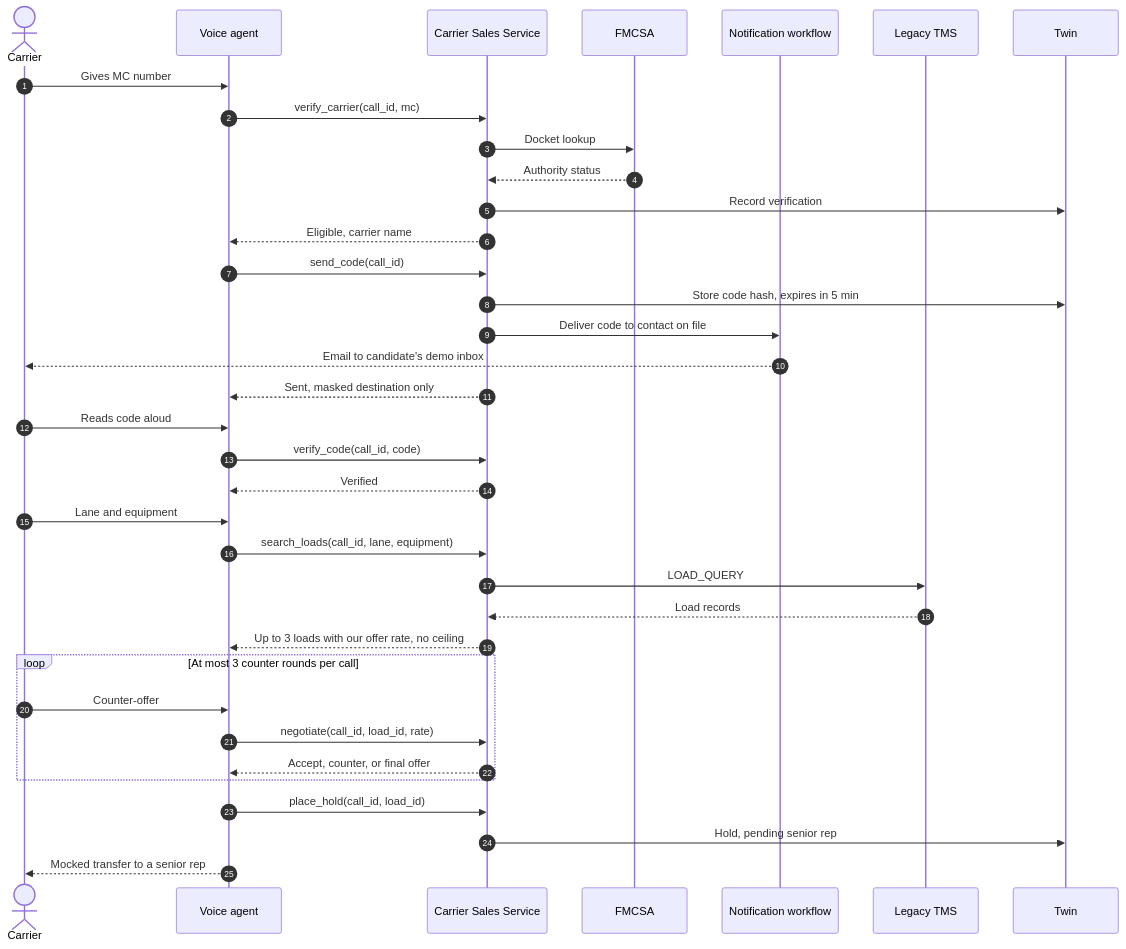
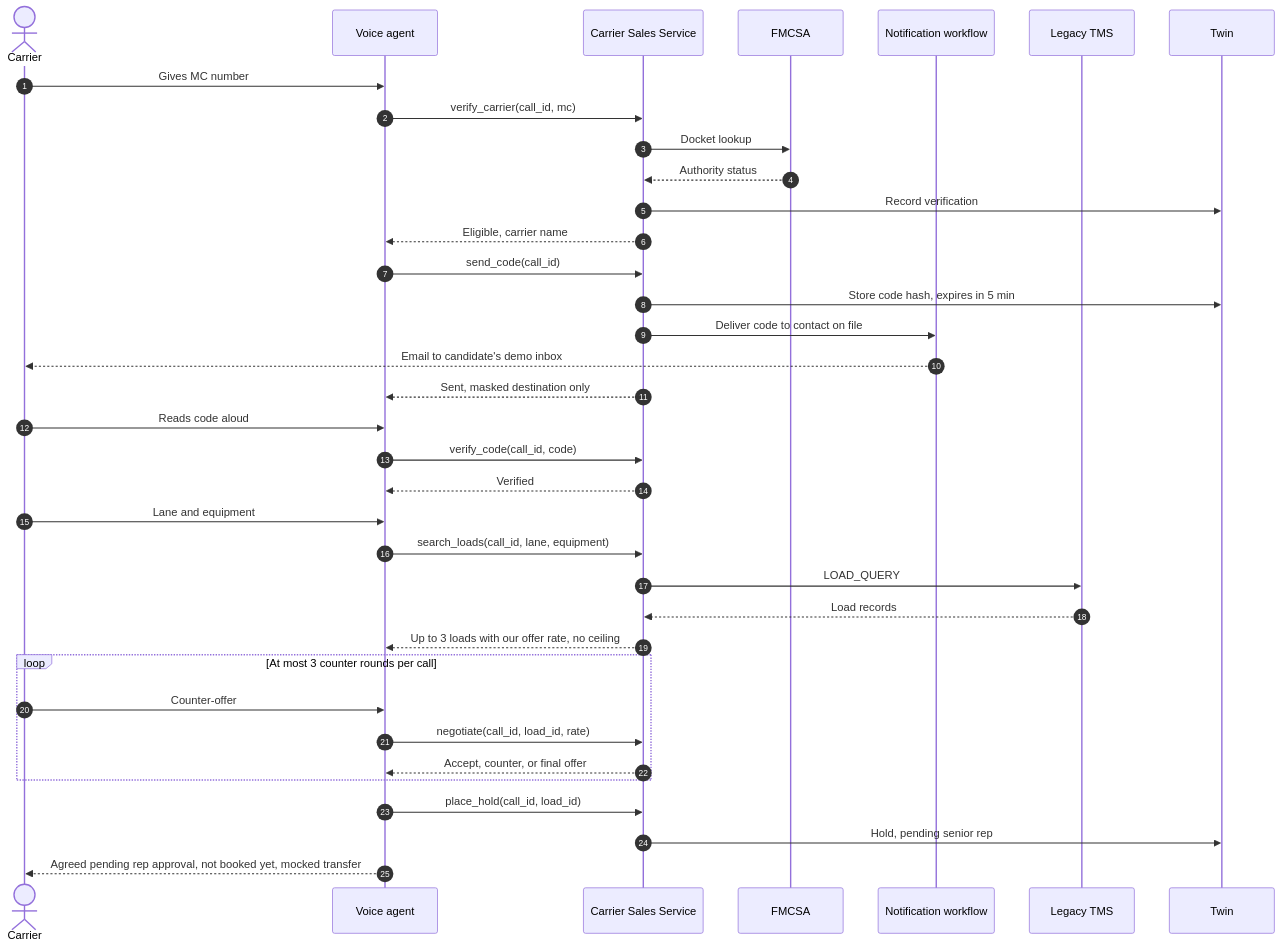
Before and after one commit to sgon0181/happyrobot-inbound-carrier-sales: the second of 3 diagrams in ARCHITECTURE.md, drawn with Mermaid. The commit also changed other lines of this file, not shown here.

First line of the commit message:
docs: finalise architecture v2.0

````diff
--- a/ARCHITECTURE.md
+++ b/ARCHITECTURE.md
@@ -84,43 +86,43 @@
 ```mermaid
 sequenceDiagram
     autonumber
     actor C as Carrier
     participant A as Voice agent
     participant S as Carrier Sales Service
     participant F as FMCSA
     participant N as Notification workflow
     participant T as Legacy TMS
     participant D as Twin
 
     C->>A: Gives MC number
     A->>S: verify_carrier(call_id, mc)
     S->>F: Docket lookup
     F-->>S: Authority status
     S->>D: Record verification
     S-->>A: Eligible, carrier name
 
     A->>S: send_code(call_id)
     S->>D: Store code hash, expires in 5 min
     S->>N: Deliver code to contact on file
     N-->>C: Email to candidate's demo inbox
     S-->>A: Sent, masked destination only
     C->>A: Reads code aloud
     A->>S: verify_code(call_id, code)
     S-->>A: Verified
 
     C->>A: Lane and equipment
     A->>S: search_loads(call_id, lane, equipment)
     S->>T: LOAD_QUERY
     T-->>S: Load records
     S-->>A: Up to 3 loads with our offer rate, no ceiling
 
     loop At most 3 counter rounds per call
         C->>A: Counter-offer
         A->>S: negotiate(call_id, load_id, rate)
         S-->>A: Accept, counter, or final offer
     end
 
     A->>S: place_hold(call_id, load_id)
     S->>D: Hold, pending senior rep
-    A-->>C: Mocked transfer to a senior rep
+    A-->>C: Agreed pending rep approval, not booked yet, mocked transfer
 ```
````
